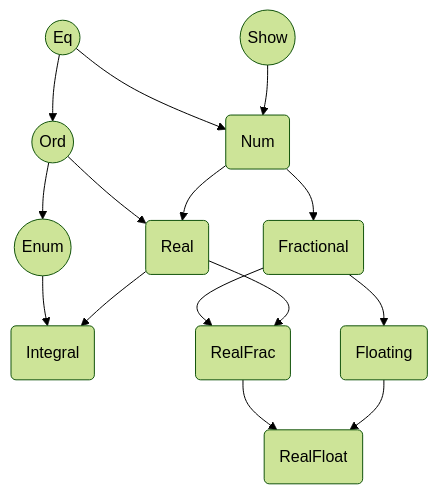
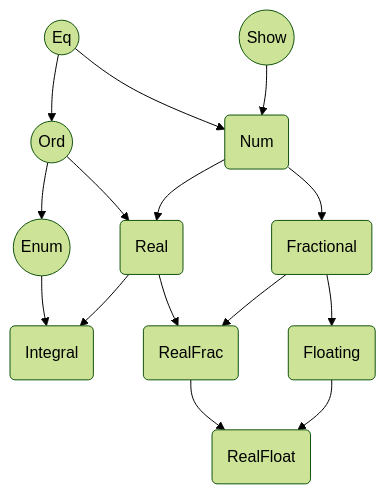
The diagram in haskell-in-depth/ch02/ch2.md (wolfangy/haskell), drawn with Mermaid (forest theme) before and after one commit.

````diff
--- a/haskell-in-depth/ch02/ch2.md
+++ b/haskell-in-depth/ch02/ch2.md
@@ -481,17 +481,17 @@
 ```mermaid
 graph TD;
     Eq((Eq)) --> N(Num)
     S((Show)) --> N
     Eq --> O((Ord))
     O --> En((Enum))
     O --> R(Real)
     N --> R
     N --> F(Fractional)
     En --> I(Integral)
     R --> I
-    F --> RF(RealFrac)
-    R --> RF
+    R --> RF(RealFrac)
+    F --> RF
     F --> Fl(Floating)
     RF --> RFl
     Fl --> RFl(RealFloat)
 ```
````
